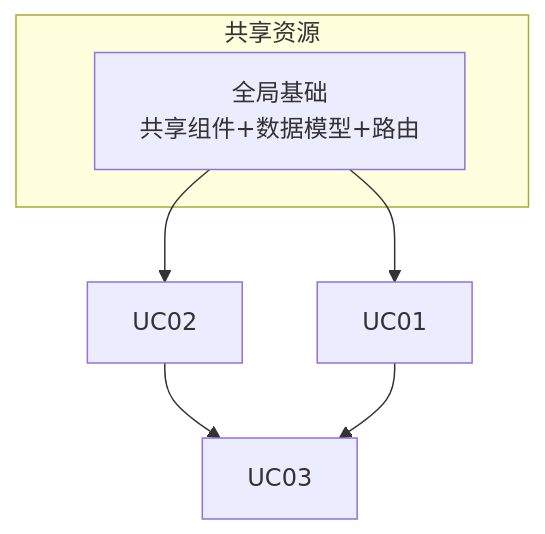
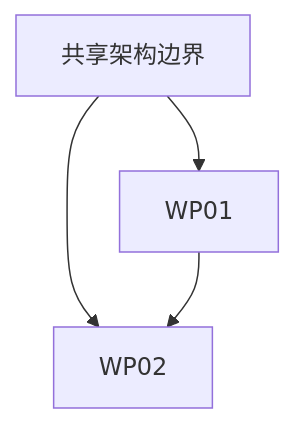
Before and after one commit to along-h/dev-flow: the diagram in templates/task-breakdown-template.md, drawn with Mermaid. The commit also changed other lines of this file and 21 other files, not shown here.

````diff
--- a/templates/task-breakdown-template.md
+++ b/templates/task-breakdown-template.md
@@ -65,11 +64,6 @@
 ```mermaid
 graph TD
-    G[全局基础<br/>共享组件+数据模型+路由] --> UC01
-    G --> UC02
-    UC02 --> UC03
-    UC01 --> UC03
-    
-    subgraph 共享资源
-        G
-    end
+    SHARED[共享架构边界] --> WP01
+    SHARED --> WP02
+    WP01 --> WP02
 ```
````
